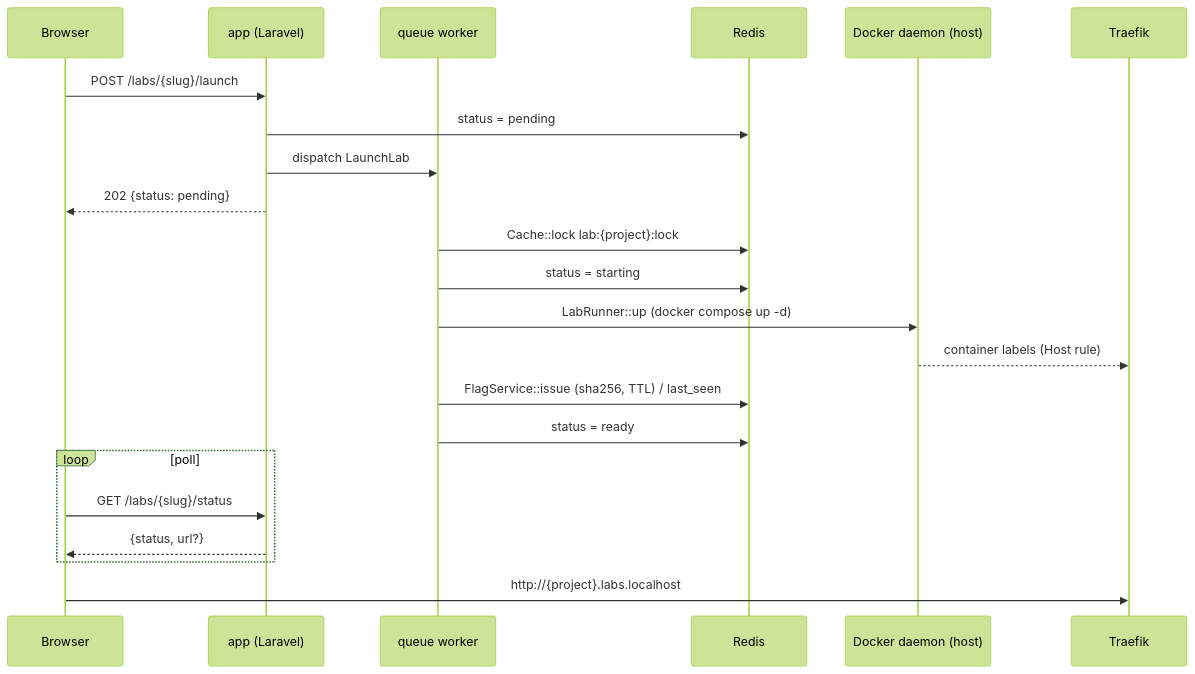
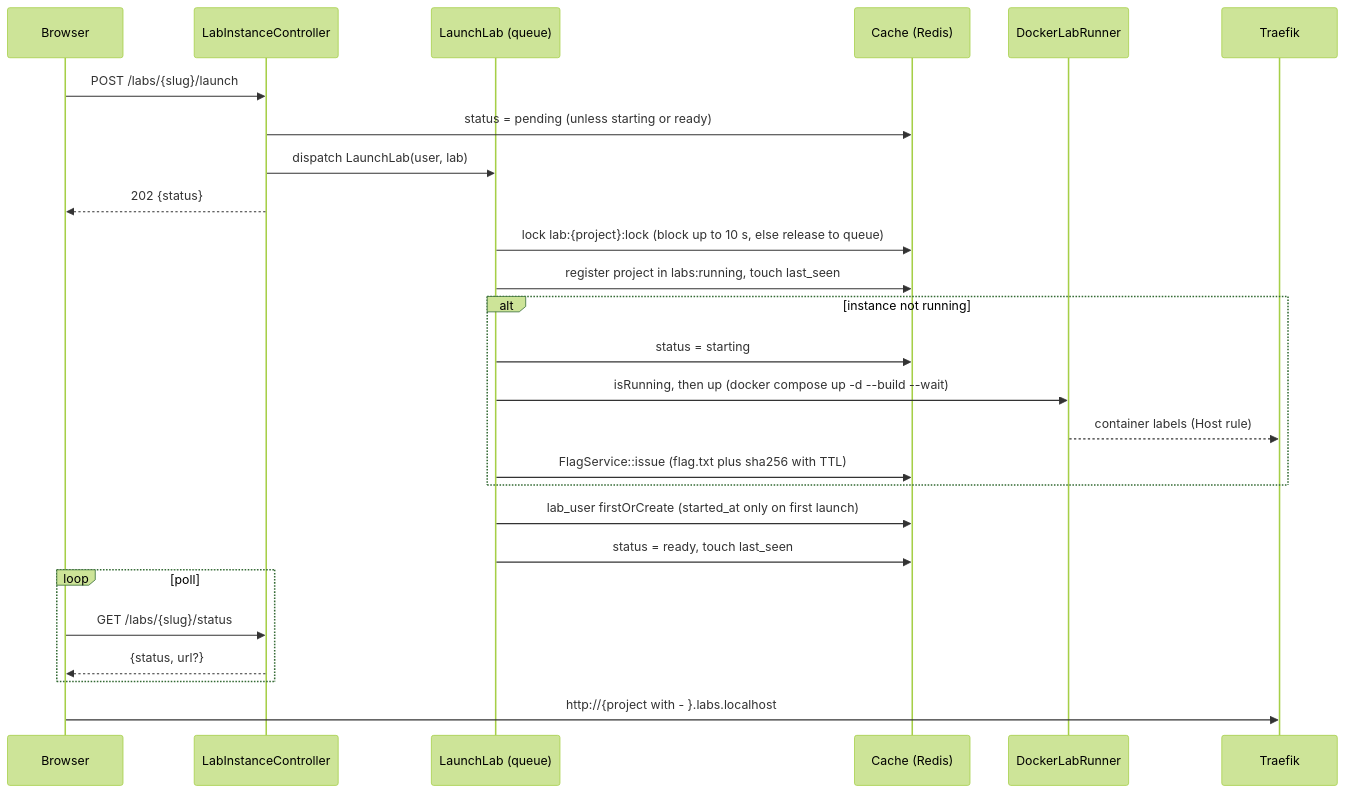
One commit to Nukker13/appsec-laravel changed the diagram in docs/ARCHITECTURE.md. Above: the diagram before and after it, drawn with Mermaid (forest theme). The commit also changed other lines of this file and 2 other files, not shown here.

Commit message:
docs: runtime architecture, flag ADR and phase 3 runtime log

````diff
--- a/docs/ARCHITECTURE.md
+++ b/docs/ARCHITECTURE.md
@@ -26,24 +55,28 @@
 ```mermaid
 sequenceDiagram
     participant B as Browser
-    participant A as app (Laravel)
-    participant Q as queue worker
-    participant R as Redis
-    participant D as Docker daemon (host)
+    participant A as LabInstanceController
+    participant Q as LaunchLab (queue)
+    participant R as Cache (Redis)
+    participant D as DockerLabRunner
     participant T as Traefik
     B->>A: POST /labs/{slug}/launch
-    A->>R: status = pending
-    A->>Q: dispatch LaunchLab
-    A-->>B: 202 {status: pending}
-    Q->>R: Cache::lock lab:{project}:lock
-    Q->>R: status = starting
-    Q->>D: LabRunner::up (docker compose up -d)
-    D-->>T: container labels (Host rule)
-    Q->>R: FlagService::issue (sha256, TTL) / last_seen
-    Q->>R: status = ready
+    A->>R: status = pending (unless starting or ready)
+    A->>Q: dispatch LaunchLab(user, lab)
+    A-->>B: 202 {status}
+    Q->>R: lock lab:{project}:lock (block up to 10 s, else release to queue)
+    Q->>R: register project in labs:running, touch last_seen
+    alt instance not running
+        Q->>R: status = starting
+        Q->>D: isRunning, then up (docker compose up -d --build --wait)
+        D-->>T: container labels (Host rule)
+        Q->>R: FlagService::issue (flag.txt plus sha256 with TTL)
+    end
+    Q->>R: lab_user firstOrCreate (started_at only on first launch)
+    Q->>R: status = ready, touch last_seen
     loop poll
         B->>A: GET /labs/{slug}/status
         A-->>B: {status, url?}
     end
-    B->>T: http://{project}.labs.localhost
+    B->>T: http://{project with - }.labs.localhost
 ```
````
